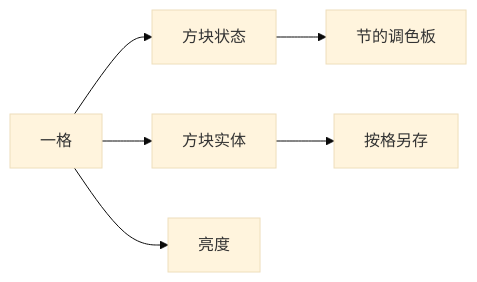
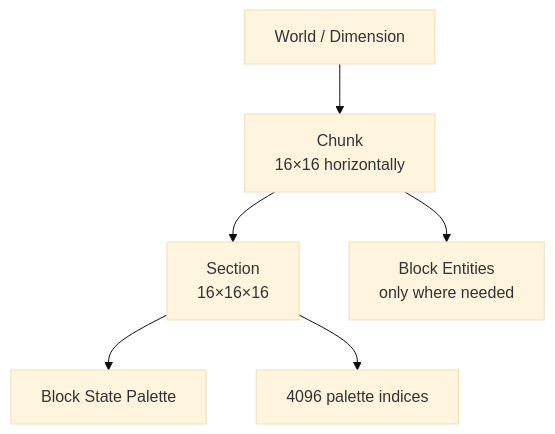
One commit to Dreamtowards/Thinking-In-Minecraft changed the second of 3 diagrams in docs/impl/(part1)/data-model.mdx. Above: the diagram before and after it, drawn with Mermaid (base theme). The commit also changed other lines of this file and 2 other files, not shown here.

````diff
--- a/docs/impl/(part1)/data-model.mdx
+++ b/docs/impl/(part1)/data-model.mdx
@@ -92,8 +147,15 @@
 ```mermaid
-flowchart LR
-  Cell["一格"] --> St["方块状态"]
-  Cell --> BE["方块实体"]
-  Cell --> Light["亮度"]
-  St --> Pal["节的调色板"]
-  BE --> NBT["按格另存"]
+flowchart TB
+  W["World / Dimension"]
+  C["Chunk<br/>16×16 horizontally"]
+  S["Section<br/>16×16×16"]
+  P["Block State Palette"]
+  D["4096 palette indices"]
+  B["Block Entities<br/>only where needed"]
+
+  W --> C
+  C --> S
+  S --> P
+  S --> D
+  C --> B
 ```
````
